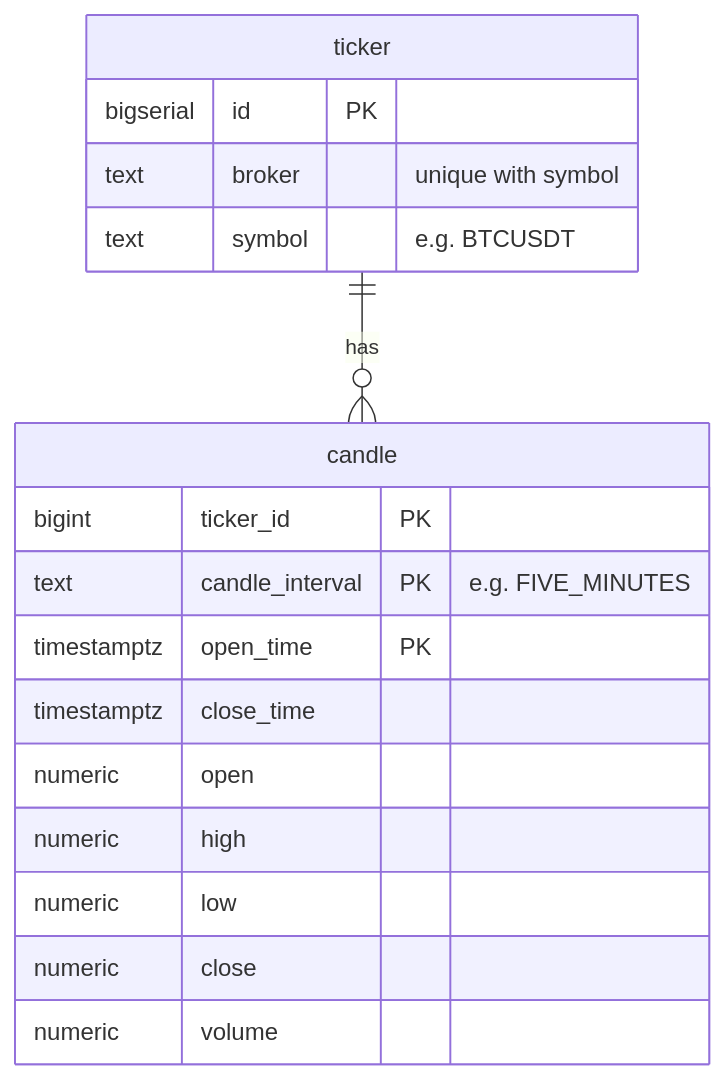
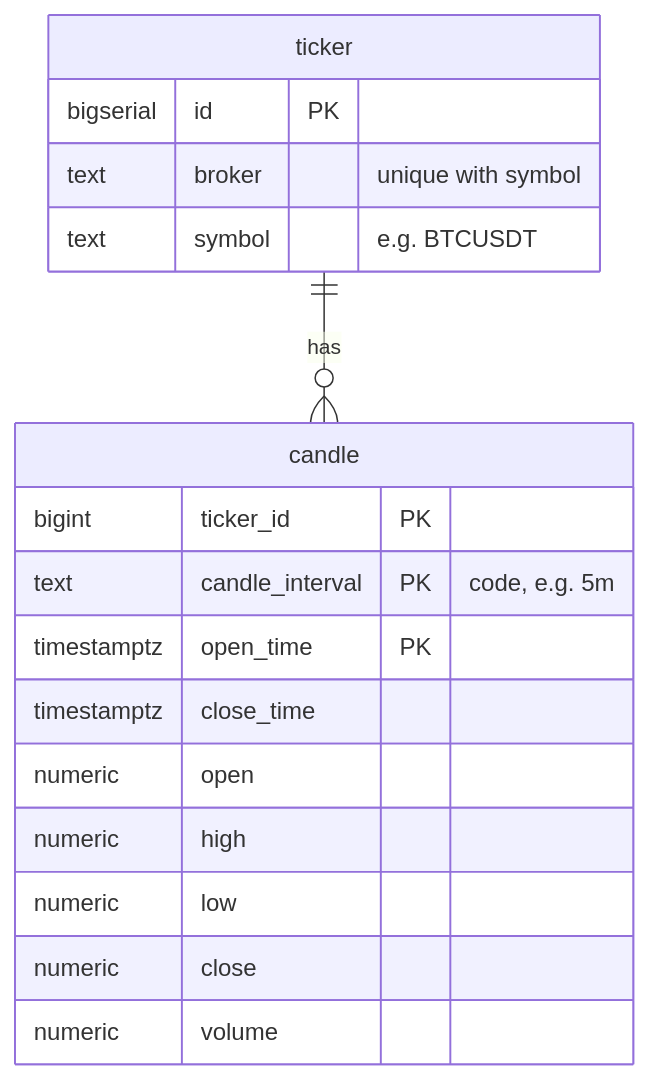
Before and after one commit to ShadowOfDiablo/t212-coding-task: diagram 23 of 29 in docs/ARCHITECTURE.md, drawn with Mermaid. The commit also changed other lines of this file and 68 other files, not shown here.

````diff
--- a/docs/ARCHITECTURE.md
+++ b/docs/ARCHITECTURE.md
@@ -1055,20 +1055,20 @@
 ```mermaid
 erDiagram
     ticker {
         bigserial id PK
         text broker "unique with symbol"
         text symbol "e.g. BTCUSDT"
     }
     candle {
         bigint ticker_id PK
-        text candle_interval PK "e.g. FIVE_MINUTES"
+        text candle_interval PK "code, e.g. 5m"
         timestamptz open_time PK
         timestamptz close_time
         numeric open
         numeric high
         numeric low
         numeric close
         numeric volume
     }
     ticker ||--o{ candle : "has"
 ```
````
